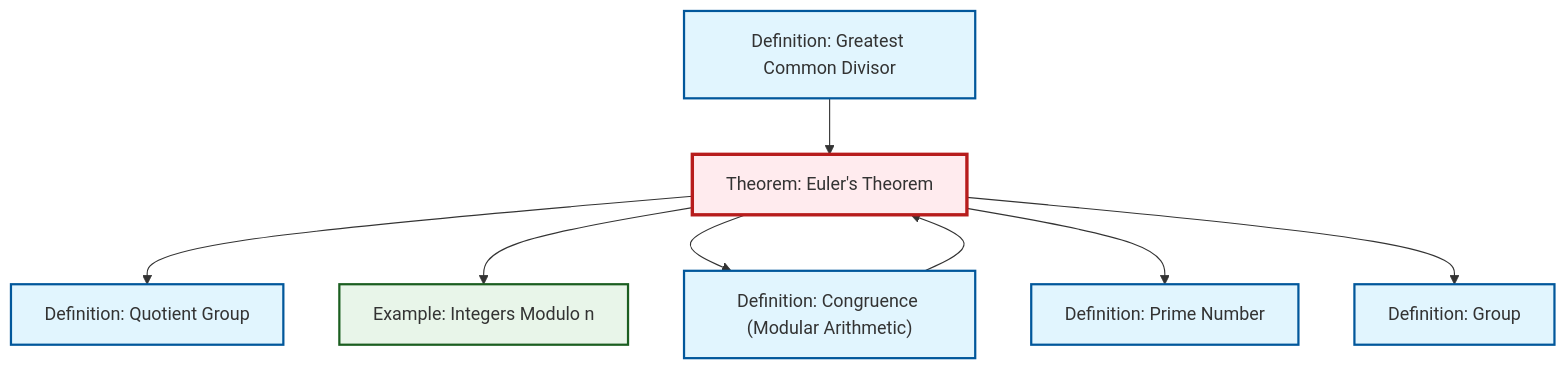
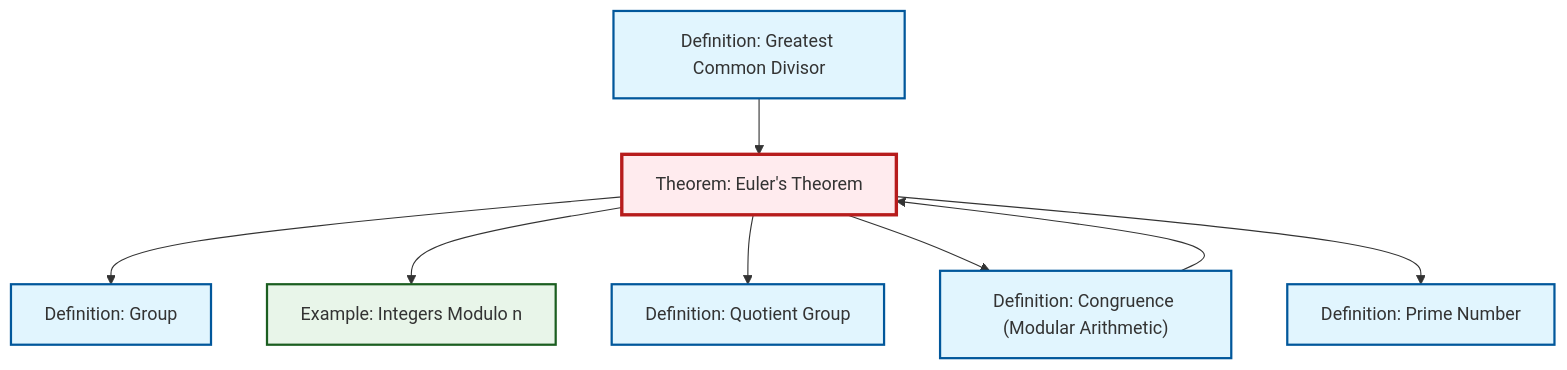
One commit to RK0429/ModernMath changed the diagram in content/ja/number-theory/thm-euler.qmd. Above: the diagram before and after it, drawn with Mermaid. The commit also changed other lines of this file and 615 other files, not shown here.

````diff
--- a/content/ja/number-theory/thm-euler.qmd
+++ b/content/ja/number-theory/thm-euler.qmd
@@ -52,30 +52,30 @@
 ```{mermaid}
 %%| fig-cap: "Local dependency graph"
 graph TD
     classDef definition fill:#e1f5fe,stroke:#01579b,stroke-width:2px
     classDef theorem fill:#f3e5f5,stroke:#4a148c,stroke-width:2px
     classDef axiom fill:#fff3e0,stroke:#e65100,stroke-width:2px
     classDef example fill:#e8f5e9,stroke:#1b5e20,stroke-width:2px
     classDef current fill:#ffebee,stroke:#b71c1c,stroke-width:3px
+    def-group["Definition: Group"]:::definition
     thm-euler["Theorem: Euler's Theorem"]:::theorem
+    def-congruence["Definition: Congruence (Modular Arithmetic)"]:::definition
+    def-gcd["Definition: Greatest Common Divisor"]:::definition
+    ex-quotient-integers-mod-n["Example: Integers Modulo n"]:::example
+    def-prime["Definition: Prime Number"]:::definition
     def-quotient-group["Definition: Quotient Group"]:::definition
-    def-prime["Definition: Prime Number"]:::definition
-    ex-quotient-integers-mod-n["Example: Integers Modulo n"]:::example
-    def-gcd["Definition: Greatest Common Divisor"]:::definition
-    def-congruence["Definition: Congruence (Modular Arithmetic)"]:::definition
-    def-group["Definition: Group"]:::definition
+    thm-euler --> def-group
+    thm-euler --> ex-quotient-integers-mod-n
+    thm-euler --> def-quotient-group
     def-congruence --> thm-euler
     def-gcd --> thm-euler
-    thm-euler --> def-quotient-group
-    thm-euler --> ex-quotient-integers-mod-n
     thm-euler --> def-congruence
     thm-euler --> def-prime
-    thm-euler --> def-group
     class thm-euler current
+    click def-group "def-group.html" "Definition: Groupへ"
+    click def-congruence "def-congruence.html" "Definition: Congruence (Modular Arithmetic)へ"
+    click def-gcd "def-gcd.html" "Definition: Greatest Common Divisorへ"
+    click ex-quotient-integers-mod-n "ex-quotient-integers-mod-n.html" "Example: Integers Modulo nへ"
+    click def-prime "def-prime.html" "Definition: Prime Numberへ"
     click def-quotient-group "def-quotient-group.html" "Definition: Quotient Groupへ"
-    click def-prime "def-prime.html" "Definition: Prime Numberへ"
-    click ex-quotient-integers-mod-n "ex-quotient-integers-mod-n.html" "Example: Integers Modulo nへ"
-    click def-gcd "def-gcd.html" "Definition: Greatest Common Divisorへ"
-    click def-congruence "def-congruence.html" "Definition: Congruence (Modular Arithmetic)へ"
-    click def-group "def-group.html" "Definition: Groupへ"
 ```
````
